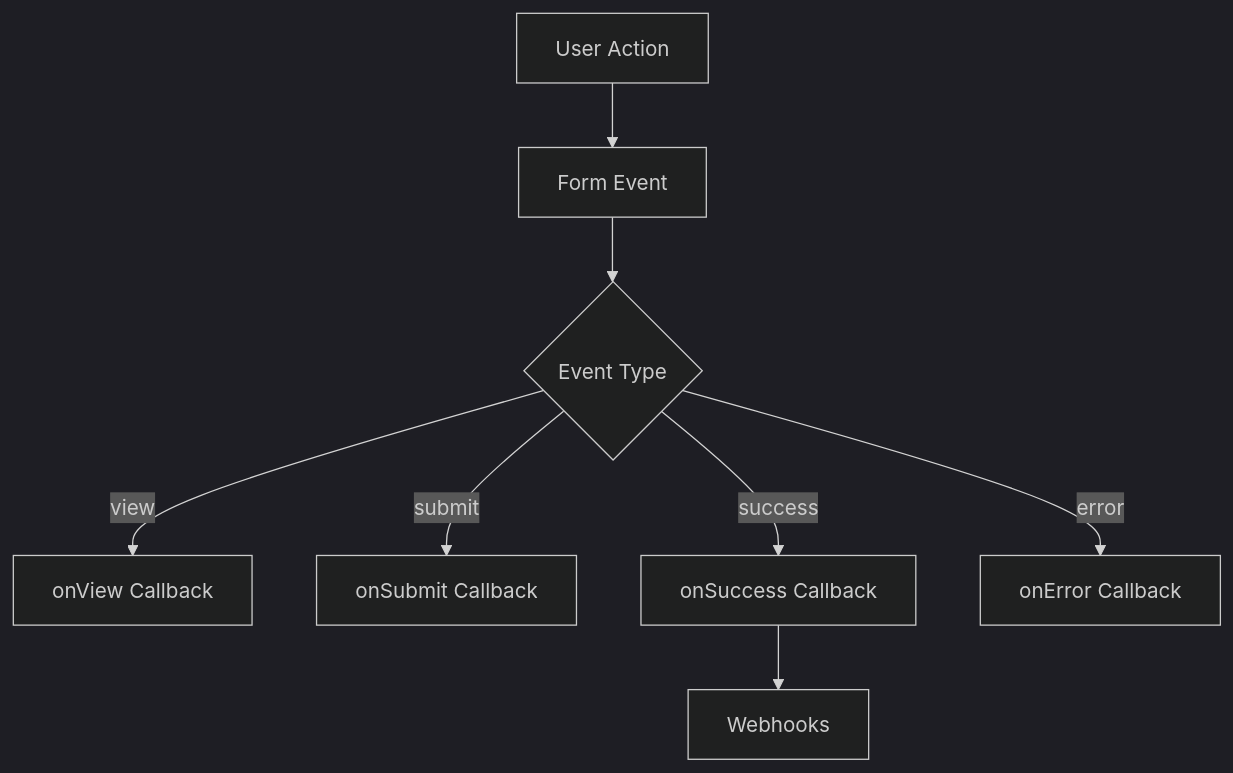
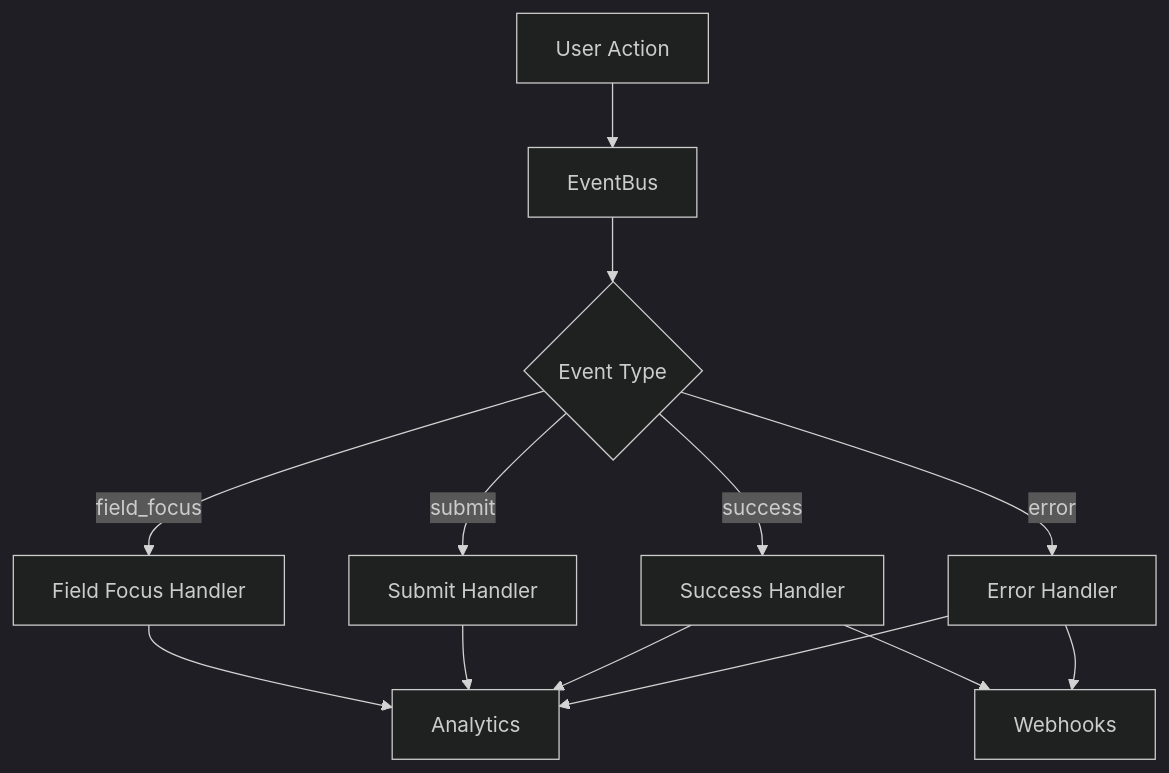
Before and after one commit to pmatheusvinhas/react-waitlist: the fifth of 5 diagrams in docs/architecture.md, drawn with Mermaid (dark theme). The commit also changed other lines of this file and 40 other files, not shown here.

Commit message:
refactor: implement modular architecture and remove compatibility layer

````diff
--- a/docs/architecture.md
+++ b/docs/architecture.md
@@ -153,10 +162,17 @@
 ```mermaid
 graph TD
-    A[User Action] --> B[Form Event]
+    A[User Action] --> B[EventBus]
     B --> C{Event Type}
-    C -->|view| D[onView Callback]
-    C -->|submit| E[onSubmit Callback]
-    C -->|success| F[onSuccess Callback]
-    C -->|error| G[onError Callback]
-    F --> H[Webhooks]
+    C -->|field_focus| D[Field Focus Handler]
+    C -->|submit| E[Submit Handler]
+    C -->|success| F[Success Handler]
+    C -->|error| G[Error Handler]
+    
+    D --> H[Analytics]
+    E --> H
+    F --> H
+    G --> H
+    
+    F --> I[Webhooks]
+    G --> I
 ```
````
